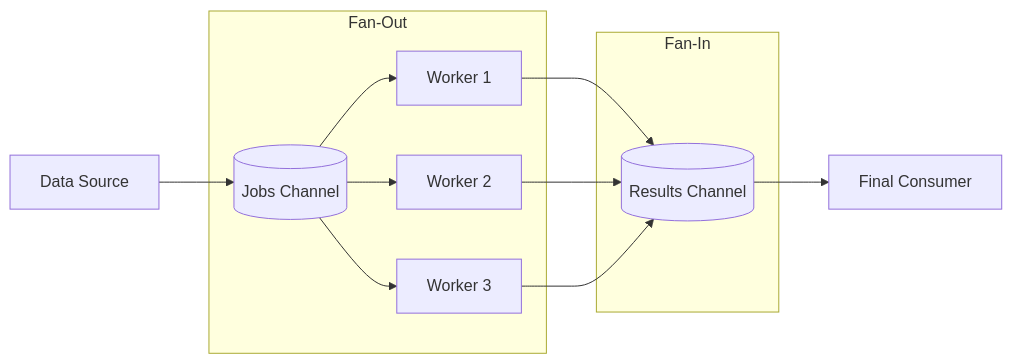
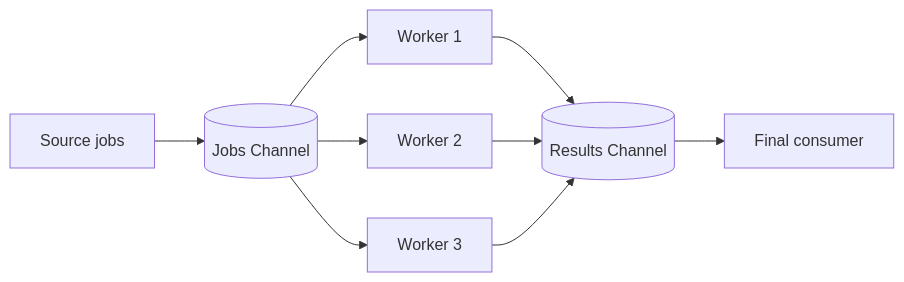
The diagram in RAK-03-evolution/SR-03-concurrency/BK-02-pipelines/CH-01-fan-out-in/README.md (syahputrawork98-sketch/Golang-Knowledge-Base), drawn with Mermaid before and after one commit. The commit also changed other lines of this file and 61 other files, not shown here.

````diff
--- a/RAK-03-evolution/SR-03-concurrency/BK-02-pipelines/CH-01-fan-out-in/README.md
+++ b/RAK-03-evolution/SR-03-concurrency/BK-02-pipelines/CH-01-fan-out-in/README.md
@@ -38,18 +35,11 @@
 ```mermaid
 graph LR
-    Source[Data Source] --> JobChan[(Jobs Channel)]
-    
-    subgraph Fan-Out
-    JobChan --> W1[Worker 1]
-    JobChan --> W2[Worker 2]
-    JobChan --> W3[Worker 3]
-    end
-    
-    subgraph Fan-In
-    W1 --> ResChan[(Results Channel)]
-    W2 --> ResChan
-    W3 --> ResChan
-    end
-    
-    ResChan --> Sink[Final Consumer]
+    Source[Source jobs] --> Jobs[(Jobs Channel)]
+    Jobs --> W1[Worker 1]
+    Jobs --> W2[Worker 2]
+    Jobs --> W3[Worker 3]
+    W1 --> Results[(Results Channel)]
+    W2 --> Results
+    W3 --> Results
+    Results --> Consumer[Final consumer]
 ```
````
